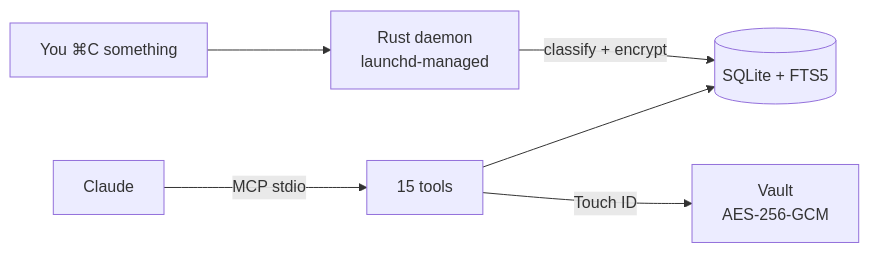
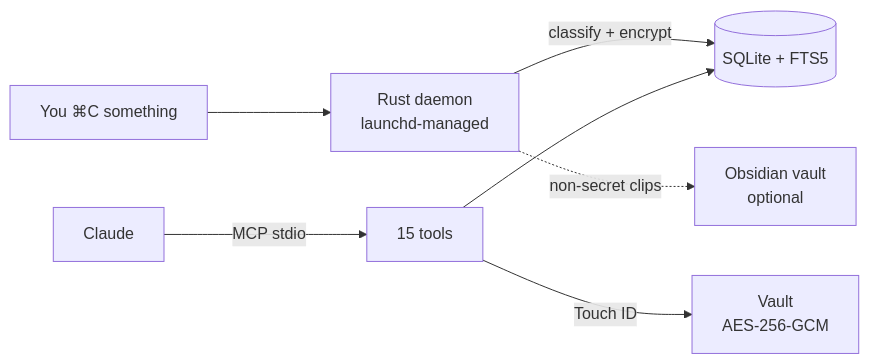
Before and after one commit to d-khomenko/clipboard-history-mcp: the first of 2 diagrams in README.md, drawn with Mermaid.

Commit message:
docs(readme): add Obsidian vault to top-of-fold architecture diagram
The header flowchart didn't show the v0.5 vault-mirror destination, even
though it's prominently documented in the install section below. Add an
Obsidian node connected from the daemon via a dashed arrow (Mermaid `-.->`)
to signal that the path is optional — only active when CLIPBOARD_VAULT_PATH
is set. Arrow label "non-secret clips" makes it explicit that secrets are
excluded from the mirror.

````diff
--- a/README.md
+++ b/README.md
@@ -5,8 +5,9 @@
 ```mermaid
 flowchart LR
   U[You ⌘C something] --> D[Rust daemon<br/>launchd-managed]
   D -->|classify + encrypt| DB[(SQLite + FTS5)]
+  D -. non-secret clips .-> O[Obsidian vault<br/>optional]
   C[Claude] -->|MCP stdio| M[15 tools]
   M --> DB
   M -->|Touch ID| V[Vault<br/>AES-256-GCM]
 ```
````
